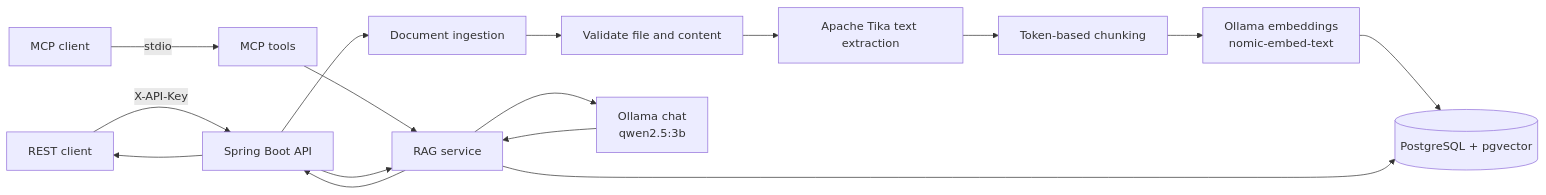
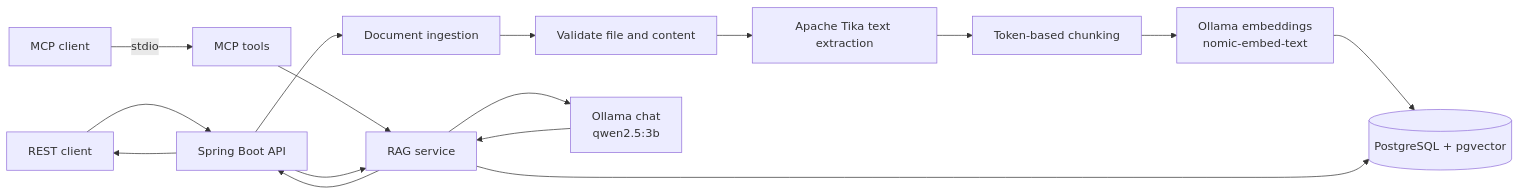
The diagram in README.md (Tamilarasan-mac/document-intelligence), drawn with Mermaid before and after one commit. The commit also changed other lines of this file, not shown here.

````diff
--- a/README.md
+++ b/README.md
@@ -21,18 +21,18 @@
 ```mermaid
 flowchart LR
-    Client[REST client] -->|X-API-Key| API[Spring Boot API]
+    Client[REST client] --> API[Spring Boot API]
     MCP[MCP client] -->|stdio| Tools[MCP tools]
     Tools --> RAG[RAG service]
     API --> Ingest[Document ingestion]
     API --> RAG
     Ingest --> Validate[Validate file and content]
     Validate --> Tika[Apache Tika text extraction]
     Tika --> Chunk[Token-based chunking]
     Chunk --> Embed[Ollama embeddings<br/>nomic-embed-text]
     Embed --> PG[(PostgreSQL + pgvector)]
     RAG --> PG
     RAG --> Chat[Ollama chat<br/>qwen2.5:3b]
     Chat --> RAG
     RAG --> API
     API --> Client
 ```
````
